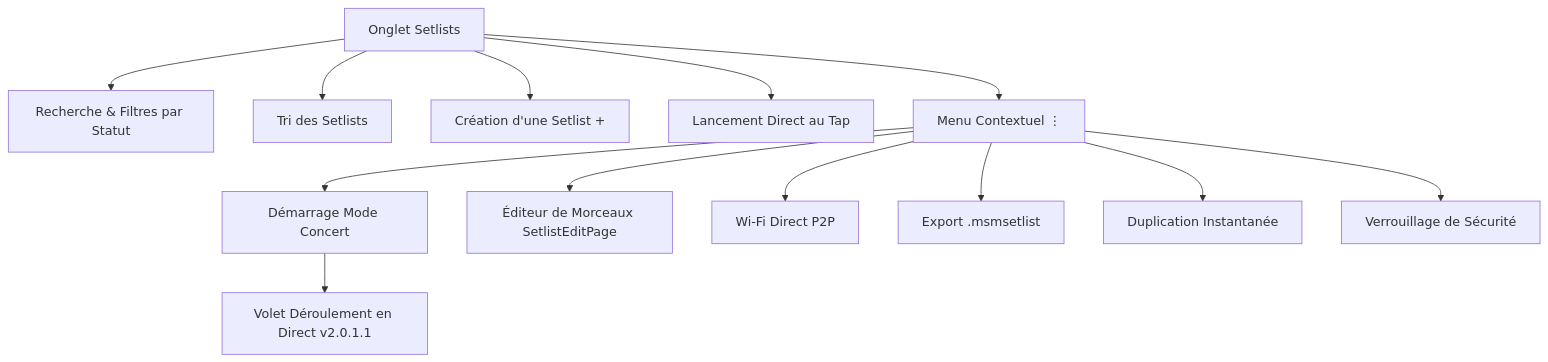
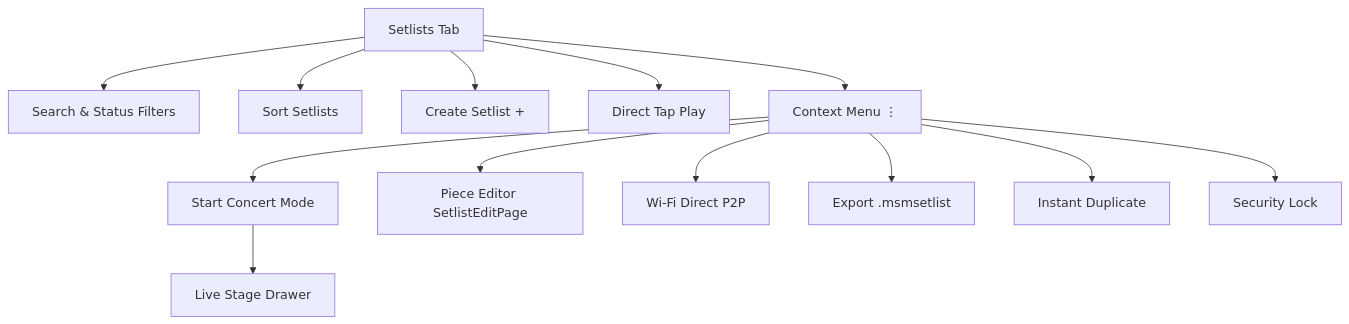
One commit to Audiothor/MusicScoreManager changed the third of 5 diagrams in README.md. Above: the diagram before and after it, drawn with Mermaid. The commit also changed other lines of this file and 1 other file, not shown here.

````diff
--- a/README.md
+++ b/README.md
@@ -290,15 +301,15 @@
 ```mermaid
 graph TD
-    S[Onglet Setlists] --> S1[Recherche & Filtres par Statut]
-    S --> S2[Tri des Setlists]
-    S --> S3[Création d'une Setlist +]
-    S --> S4[Lancement Direct au Tap]
-    S --> S5[Menu Contextuel ⋮]
-    S5 --> S6[Démarrage Mode Concert]
-    S5 --> S7[Éditeur de Morceaux SetlistEditPage]
+    S[Setlists Tab] --> S1[Search & Status Filters]
+    S --> S2[Sort Setlists]
+    S --> S3[Create Setlist +]
+    S --> S4[Direct Tap Play]
+    S --> S5[Context Menu ⋮]
+    S5 --> S6[Start Concert Mode]
+    S5 --> S7[Piece Editor SetlistEditPage]
     S5 --> S8[Wi-Fi Direct P2P]
     S5 --> S9[Export .msmsetlist]
-    S5 --> S10[Duplication Instantanée]
-    S5 --> S11[Verrouillage de Sécurité]
-    S6 --> V[Volet Déroulement en Direct v2.0.1.1]
+    S5 --> S10[Instant Duplicate]
+    S5 --> S11[Security Lock]
+    S6 --> V[Live Stage Drawer]
 ```
````
